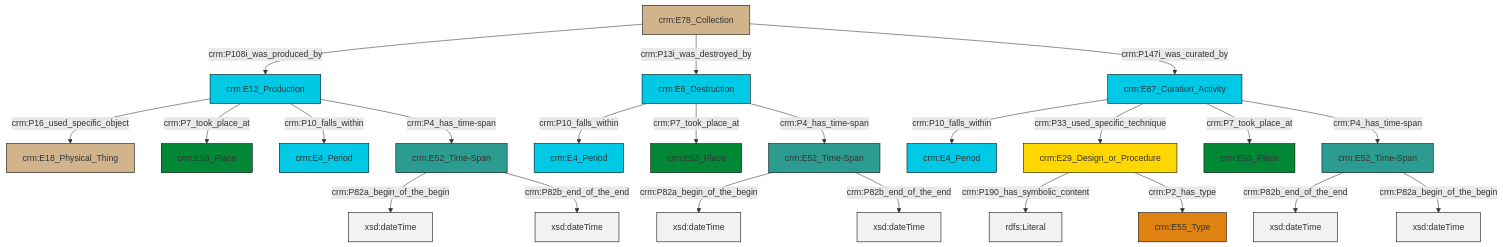
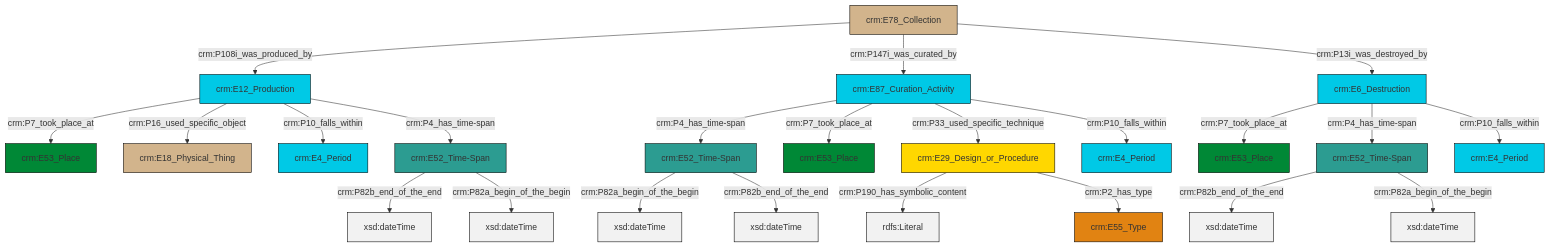
The diagram in et/archivalCSV/ttl/mmd/archival_existence.ttl.mmd (swiss-art-research-net/docs.swissartresearch), drawn with Mermaid before and after one commit. The commit also changed 178 other files, not shown here.

```diff
--- a/et/archivalCSV/ttl/mmd/archival_existence.ttl.mmd
+++ b/et/archivalCSV/ttl/mmd/archival_existence.ttl.mmd
@@ -1,37 +1,37 @@
 graph TD
 classDef Literal fill:#f2f2f2,stroke:#000000;
 classDef CRM_Entity fill:#FFFFFF,stroke:#000000;
 classDef Temporal_Entity fill:#00C9E6, stroke:#000000;
 classDef Type fill:#E18312, stroke:#000000;
 classDef Time-Span fill:#2C9C91, stroke:#000000;
 classDef Appellation fill:#FFEB7F, stroke:#000000;
 classDef Place fill:#008836, stroke:#000000;
 classDef Persistent_Item fill:#B266B2, stroke:#000000;
 classDef Conceptual_Object fill:#FFD700, stroke:#000000;
 classDef Physical_Thing fill:#D2B48C, stroke:#000000;
 classDef Actor fill:#f58aad, stroke:#000000;
 classDef PC_Classes fill:#4ce600, stroke:#000000;
 classDef Multi fill:#cccccc,stroke:#000000;
 
-0["crm:E12_Production"]:::Temporal_Entity -->|crm:P16_used_specific_object| 1["crm:E18_Physical_Thing"]:::Physical_Thing
-2["crm:E52_Time-Span"]:::Time-Span -->|crm:P82b_end_of_the_end| 3[xsd:dateTime]:::Literal
-4["crm:E6_Destruction"]:::Temporal_Entity -->|crm:P10_falls_within| 5["crm:E4_Period"]:::Temporal_Entity
-4["crm:E6_Destruction"]:::Temporal_Entity -->|crm:P7_took_place_at| 6["crm:E53_Place"]:::Place
-12["crm:E52_Time-Span"]:::Time-Span -->|crm:P82a_begin_of_the_begin| 14[xsd:dateTime]:::Literal
-0["crm:E12_Production"]:::Temporal_Entity -->|crm:P7_took_place_at| 15["crm:E53_Place"]:::Place
-17["crm:E87_Curation_Activity"]:::Temporal_Entity -->|crm:P10_falls_within| 18["crm:E4_Period"]:::Temporal_Entity
-17["crm:E87_Curation_Activity"]:::Temporal_Entity -->|crm:P33_used_specific_technique| 19["crm:E29_Design_or_Procedure"]:::Conceptual_Object
-17["crm:E87_Curation_Activity"]:::Temporal_Entity -->|crm:P7_took_place_at| 20["crm:E53_Place"]:::Place
-12["crm:E52_Time-Span"]:::Time-Span -->|crm:P82b_end_of_the_end| 22[xsd:dateTime]:::Literal
-2["crm:E52_Time-Span"]:::Time-Span -->|crm:P82a_begin_of_the_begin| 24[xsd:dateTime]:::Literal
-8["crm:E78_Collection"]:::Physical_Thing -->|crm:P108i_was_produced_by| 0["crm:E12_Production"]:::Temporal_Entity
-8["crm:E78_Collection"]:::Physical_Thing -->|crm:P13i_was_destroyed_by| 4["crm:E6_Destruction"]:::Temporal_Entity
-10["crm:E52_Time-Span"]:::Time-Span -->|crm:P82a_begin_of_the_begin| 27[xsd:dateTime]:::Literal
-10["crm:E52_Time-Span"]:::Time-Span -->|crm:P82b_end_of_the_end| 28[xsd:dateTime]:::Literal
-19["crm:E29_Design_or_Procedure"]:::Conceptual_Object -->|crm:P190_has_symbolic_content| 30[rdfs:Literal]:::Literal
-19["crm:E29_Design_or_Procedure"]:::Conceptual_Object -->|crm:P2_has_type| 33["crm:E55_Type"]:::Type
-17["crm:E87_Curation_Activity"]:::Temporal_Entity -->|crm:P4_has_time-span| 2["crm:E52_Time-Span"]:::Time-Span
-4["crm:E6_Destruction"]:::Temporal_Entity -->|crm:P4_has_time-span| 12["crm:E52_Time-Span"]:::Time-Span
-0["crm:E12_Production"]:::Temporal_Entity -->|crm:P10_falls_within| 31["crm:E4_Period"]:::Temporal_Entity
-0["crm:E12_Production"]:::Temporal_Entity -->|crm:P4_has_time-span| 10["crm:E52_Time-Span"]:::Time-Span
-8["crm:E78_Collection"]:::Physical_Thing -->|crm:P147i_was_curated_by| 17["crm:E87_Curation_Activity"]:::Temporal_Entity
+2["crm:E12_Production"]:::Temporal_Entity -->|crm:P7_took_place_at| 3["crm:E53_Place"]:::Place
+6["crm:E87_Curation_Activity"]:::Temporal_Entity -->|crm:P4_has_time-span| 4["crm:E52_Time-Span"]:::Time-Span
+8["crm:E52_Time-Span"]:::Time-Span -->|crm:P82b_end_of_the_end| 9[xsd:dateTime]:::Literal
+2["crm:E12_Production"]:::Temporal_Entity -->|crm:P16_used_specific_object| 10["crm:E18_Physical_Thing"]:::Physical_Thing
+0["crm:E29_Design_or_Procedure"]:::Conceptual_Object -->|crm:P190_has_symbolic_content| 11[rdfs:Literal]:::Literal
+8["crm:E52_Time-Span"]:::Time-Span -->|crm:P82a_begin_of_the_begin| 12[xsd:dateTime]:::Literal
+17["crm:E78_Collection"]:::Physical_Thing -->|crm:P108i_was_produced_by| 2["crm:E12_Production"]:::Temporal_Entity
+6["crm:E87_Curation_Activity"]:::Temporal_Entity -->|crm:P7_took_place_at| 21["crm:E53_Place"]:::Place
+6["crm:E87_Curation_Activity"]:::Temporal_Entity -->|crm:P33_used_specific_technique| 0["crm:E29_Design_or_Procedure"]:::Conceptual_Object
+0["crm:E29_Design_or_Procedure"]:::Conceptual_Object -->|crm:P2_has_type| 13["crm:E55_Type"]:::Type
+24["crm:E6_Destruction"]:::Temporal_Entity -->|crm:P7_took_place_at| 22["crm:E53_Place"]:::Place
+4["crm:E52_Time-Span"]:::Time-Span -->|crm:P82a_begin_of_the_begin| 26[xsd:dateTime]:::Literal
+19["crm:E52_Time-Span"]:::Time-Span -->|crm:P82b_end_of_the_end| 27[xsd:dateTime]:::Literal
+6["crm:E87_Curation_Activity"]:::Temporal_Entity -->|crm:P10_falls_within| 15["crm:E4_Period"]:::Temporal_Entity
+2["crm:E12_Production"]:::Temporal_Entity -->|crm:P10_falls_within| 33["crm:E4_Period"]:::Temporal_Entity
+2["crm:E12_Production"]:::Temporal_Entity -->|crm:P4_has_time-span| 19["crm:E52_Time-Span"]:::Time-Span
+17["crm:E78_Collection"]:::Physical_Thing -->|crm:P147i_was_curated_by| 6["crm:E87_Curation_Activity"]:::Temporal_Entity
+4["crm:E52_Time-Span"]:::Time-Span -->|crm:P82b_end_of_the_end| 37[xsd:dateTime]:::Literal
+19["crm:E52_Time-Span"]:::Time-Span -->|crm:P82a_begin_of_the_begin| 38[xsd:dateTime]:::Literal
+17["crm:E78_Collection"]:::Physical_Thing -->|crm:P13i_was_destroyed_by| 24["crm:E6_Destruction"]:::Temporal_Entity
+24["crm:E6_Destruction"]:::Temporal_Entity -->|crm:P4_has_time-span| 8["crm:E52_Time-Span"]:::Time-Span
+24["crm:E6_Destruction"]:::Temporal_Entity -->|crm:P10_falls_within| 31["crm:E4_Period"]:::Temporal_Entity
```
